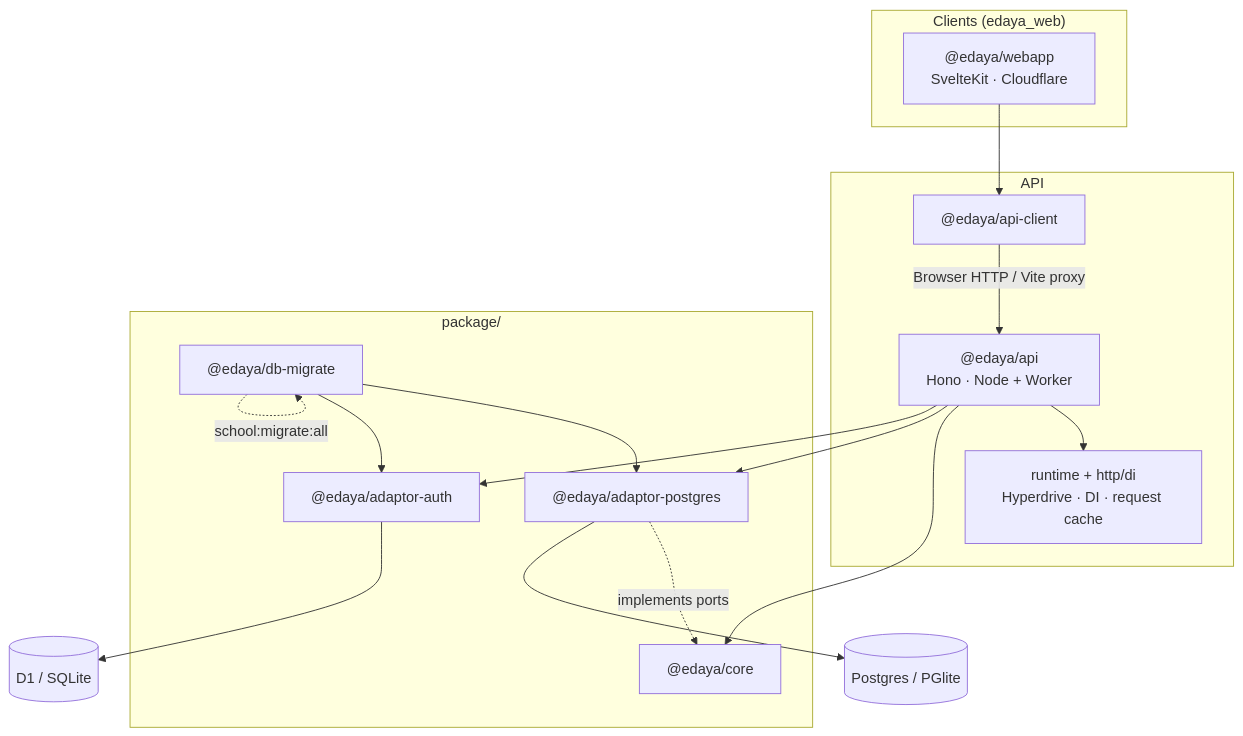
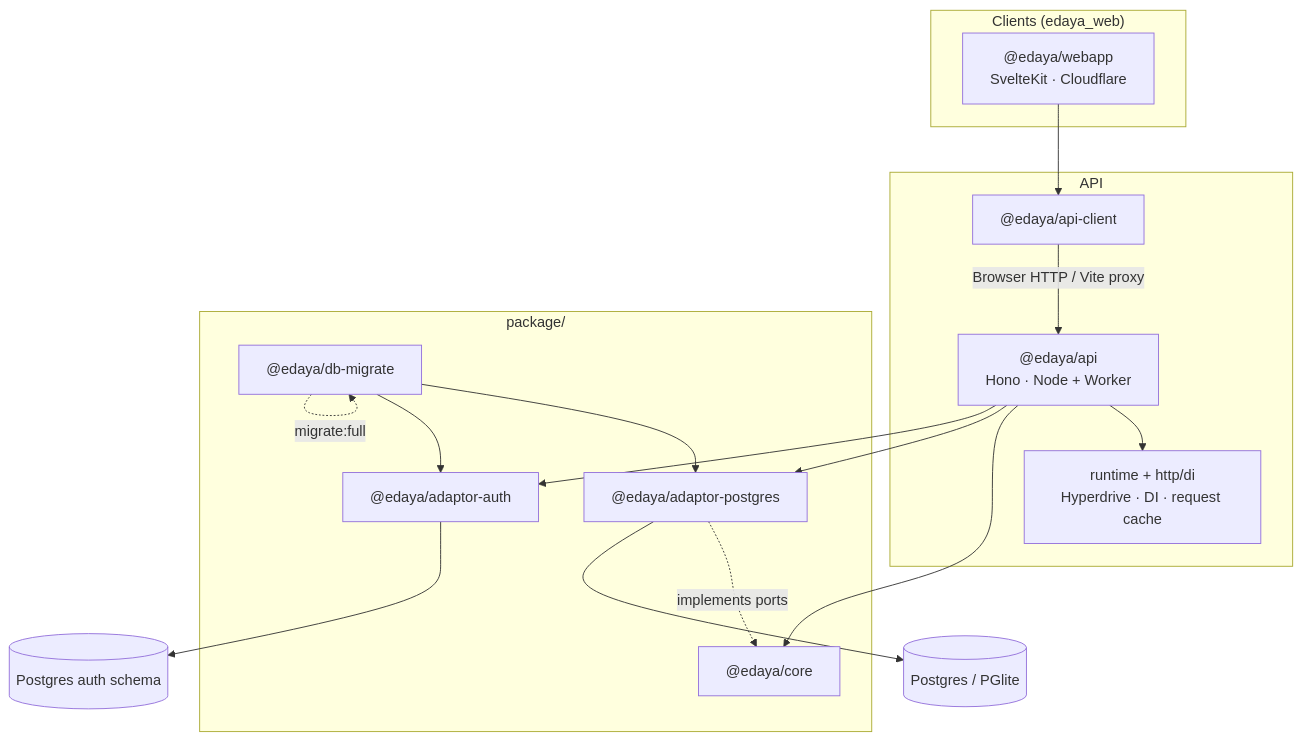
Before and after one commit to Maya-Invest/edaya_backend: the diagram in README.md, drawn with Mermaid. The commit also changed other lines of this file and 68 other files, not shown here.

````diff
--- a/README.md
+++ b/README.md
@@ -38,32 +38,32 @@
 ```mermaid
 flowchart TB
   subgraph clients["Clients (edaya_web)"]
     Webapp["@edaya/webapp<br/>SvelteKit · Cloudflare"]
   end
 
   subgraph api_layer["API"]
     API["@edaya/api<br/>Hono · Node + Worker"]
     Client["@edaya/api-client"]
     WorkerHost["runtime + http/di<br/>Hyperdrive · DI · request cache"]
   end
 
   subgraph package["package/"]
     Core["@edaya/core"]
     PG["@edaya/adaptor-postgres"]
     Auth["@edaya/adaptor-auth"]
     DbMigrate["@edaya/db-migrate"]
   end
 
   Webapp --> Client
   Client -->|Browser HTTP / Vite proxy| API
   API --> WorkerHost
   API --> Core
   API --> PG
   API --> Auth
   PG -.->|implements ports| Core
   DbMigrate --> PG
   DbMigrate --> Auth
-  DbMigrate -.->|school:migrate:all| DbMigrate
+  DbMigrate -.->|migrate:full| DbMigrate
   PG --> SchoolDB[(Postgres / PGlite)]
-  Auth --> AuthDB[(D1 / SQLite)]
+  Auth --> AuthDB[(Postgres auth schema)]
 ```
````
